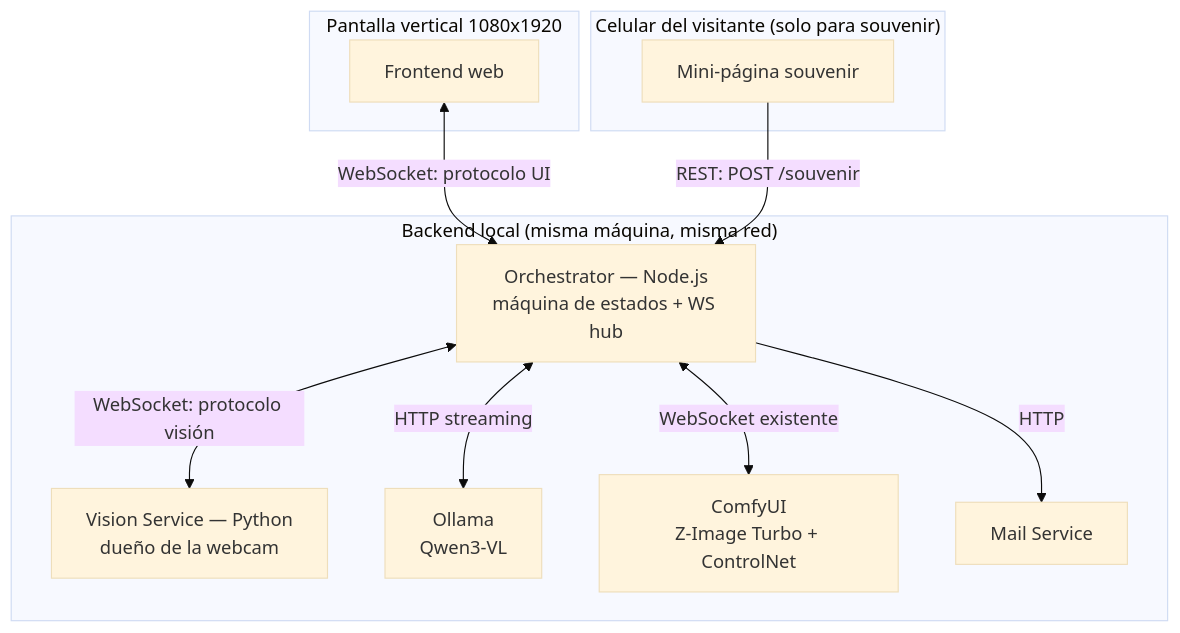
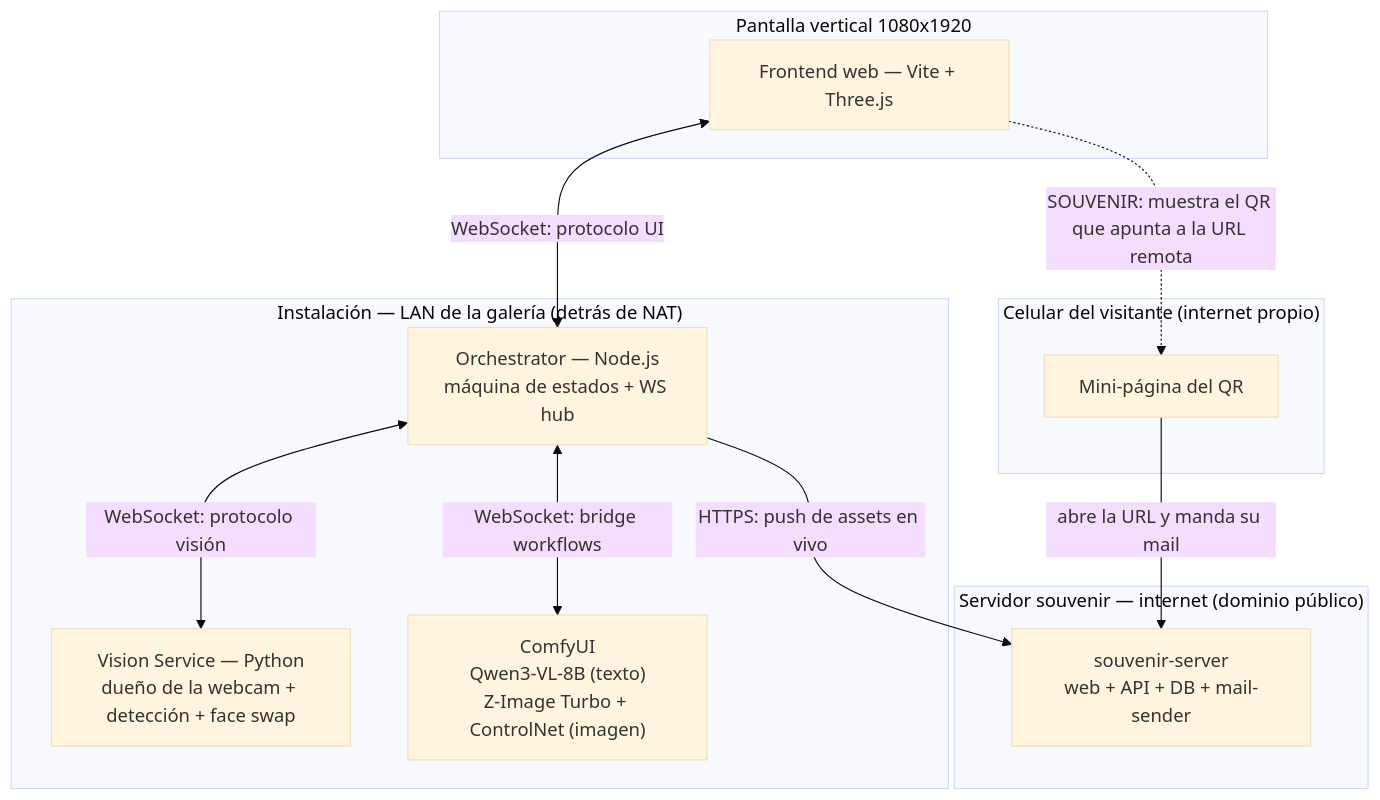
Before and after one commit to deepflowr/espejo-ia: the diagram in docs/espejo-arquitectura-tecnica.md, drawn with Mermaid (base theme). The commit also changed other lines of this file and 21 other files, not shown here.

First line of the commit message:
feat(souvenir): arquitectura servidor remoto + placeholders + sync de docs

````diff
--- a/docs/espejo-arquitectura-tecnica.md
+++ b/docs/espejo-arquitectura-tecnica.md
@@ -11,25 +11,27 @@
 ```mermaid
 flowchart TB
     subgraph Cliente["Pantalla vertical 1080x1920"]
-        FE[Frontend web]
+        FE["Frontend web — Vite + Three.js"]
     end
 
-    subgraph Backend["Backend local (misma máquina, misma red)"]
-        ORCH[Orchestrator — Node.js\nmáquina de estados + WS hub]
-        VIS[Vision Service — Python\ndueño de la webcam]
-        OLLAMA[Ollama\nQwen3-VL]
-        COMFY[ComfyUI\nZ-Image Turbo + ControlNet]
-        MAIL[Mail Service]
+    subgraph Backend["Instalación — LAN de la galería (detrás de NAT)"]
+        ORCH["Orchestrator — Node.js<br/>máquina de estados + WS hub"]
+        VIS["Vision Service — Python<br/>dueño de la webcam + detección + face swap"]
+        COMFY["ComfyUI<br/>Qwen3-VL-8B (texto)<br/>Z-Image Turbo + ControlNet (imagen)"]
     end
 
-    subgraph Externo["Celular del visitante (solo para souvenir)"]
-        SOUV[Mini-página souvenir]
+    subgraph Remoto["Servidor souvenir — internet (dominio público)"]
+        SOUV["souvenir-server<br/>web + API + DB + mail-sender"]
     end
 
-    FE <-->|WebSocket: protocolo UI| ORCH
-    ORCH <-->|WebSocket: protocolo visión| VIS
-    ORCH <-->|HTTP streaming| OLLAMA
-    ORCH <-->|WebSocket existente| COMFY
-    ORCH -->|HTTP| MAIL
-    SOUV -->|REST: POST /souvenir| ORCH
+    subgraph Externo["Celular del visitante (internet propio)"]
+        CEL["Mini-página del QR"]
+    end
+
+    FE <-->|"WebSocket: protocolo UI"| ORCH
+    ORCH <-->|"WebSocket: protocolo visión"| VIS
+    ORCH <-->|"WebSocket: bridge workflows"| COMFY
+    ORCH -->|"HTTPS: push de assets en vivo"| SOUV
+    FE -.->|"SOUVENIR: muestra el QR que apunta a la URL remota"| CEL
+    CEL -->|"abre la URL y manda su mail"| SOUV
 ```
````
